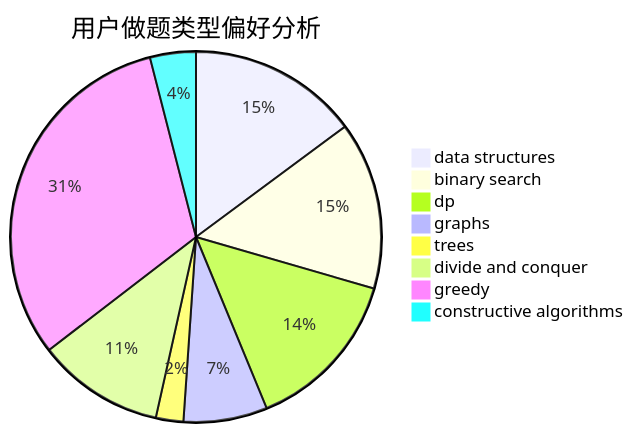
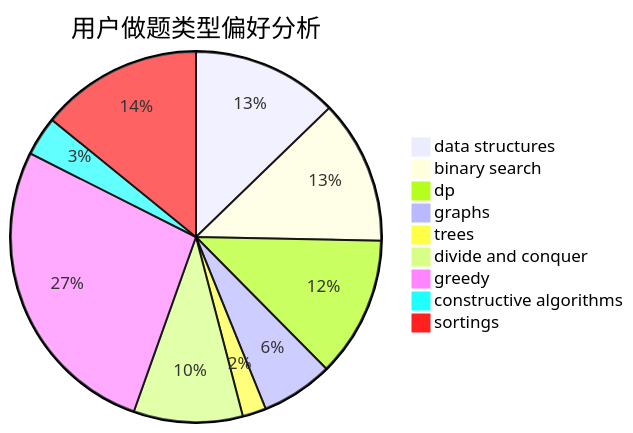
One commit to sherpahu/cfrs.github.io changed the second of 3 diagrams in docs/user/u391.md. Above: the diagram before and after it, drawn with Mermaid. The commit also changed other lines of this file and 2769 other files, not shown here.

````diff
--- a/docs/user/u391.md
+++ b/docs/user/u391.md
@@ -23,11 +18,12 @@
 ```mermaid
 pie title 用户做题类型偏好分析
     "data structures" :  130
     "binary search" :  128
     "dp" :  125
     "graphs" :  64
     "trees" :  21
     "divide and conquer" :  97
     "greedy" :  275
     "constructive algorithms" :  35
+    "sortings" :  144
 ```
````
